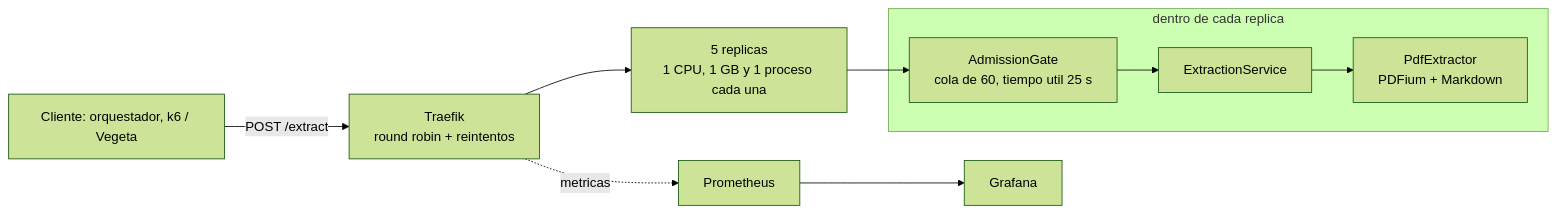
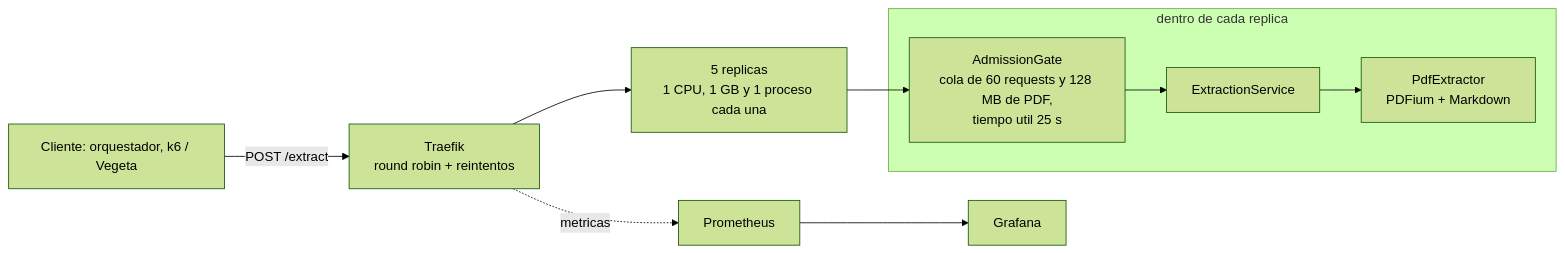
Before and after one commit to 21dai/pdf-extractext: the diagram in ARCHITECTURE.md, drawn with Mermaid (forest theme). The commit also changed other lines of this file and 1 other file, not shown here.

Commit message:
docs: registrar el motor unico y la cola acotada por bytes

````diff
--- a/ARCHITECTURE.md
+++ b/ARCHITECTURE.md
@@ -92,10 +96,10 @@
 ```mermaid
 flowchart LR
     C[Cliente: orquestador, k6 / Vegeta] -->|POST /extract| T[Traefik<br/>round robin + reintentos]
     T --> R[5 replicas<br/>1 CPU, 1 GB y 1 proceso cada una]
     subgraph Replica [dentro de cada replica]
-        G[AdmissionGate<br/>cola de 60, tiempo util 25 s] --> E[ExtractionService] --> P[PdfExtractor<br/>PDFium + Markdown]
+        G[AdmissionGate<br/>cola de 60 requests y 128 MB de PDF,<br/>tiempo util 25 s] --> E[ExtractionService] --> P[PdfExtractor<br/>PDFium + Markdown]
     end
     R --> G
     T -.metricas.-> PR[Prometheus] --> GR[Grafana]
 ```
````
